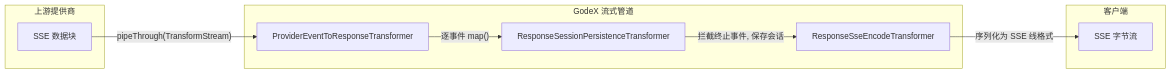
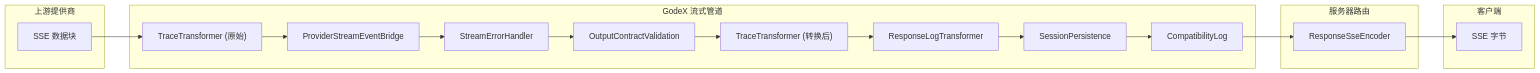
One commit to zamelee/GodeX changed the diagram in wiki/zh/02-architecture/stream-pipeline.md. Above: the diagram before and after it, drawn with Mermaid. The commit also changed other lines of this file and 46 other files, not shown here.

````diff
--- a/wiki/zh/02-architecture/stream-pipeline.md
+++ b/wiki/zh/02-architecture/stream-pipeline.md
@@ -13,21 +13,27 @@
 ```mermaid
 flowchart LR
   subgraph upstream["上游提供商"]
     SSE["SSE 数据块"]
   end
 
   subgraph godex["GodeX 流式管道"]
-    T1["ProviderEventToResponseTransformer"]
-    T2["ResponseSessionPersistenceTransformer"]
-    T3["ResponseSseEncodeTransformer"]
+    T0["TraceTransformer (原始)"]
+    T1["ProviderStreamEventBridge"]
+    ERR["StreamErrorHandler"]
+    T2["OutputContractValidation"]
+    T3["TraceTransformer (转换后)"]
+    T4["ResponseLogTransformer"]
+    T5["SessionPersistence"]
+    T6["CompatibilityLog"]
+  end
+
+  subgraph server["服务器路由"]
+    SSE_ENC["ResponseSseEncoder"]
   end
 
   subgraph client["客户端"]
-    BYTES["SSE 字节流"]
+    BYTES["SSE 字节"]
   end
 
-  SSE -->|"pipeThrough(TransformStream)"| T1
-  T1 -->|"逐事件 map()"| T2
-  T2 -->|"拦截终止事件, 保存会话"| T3
-  T3 -->|"序列化为 SSE 线格式"| BYTES
+  SSE --> T0 --> T1 --> ERR --> T2 --> T3 --> T4 --> T5 --> T6 --> SSE_ENC --> BYTES
 ```
````
